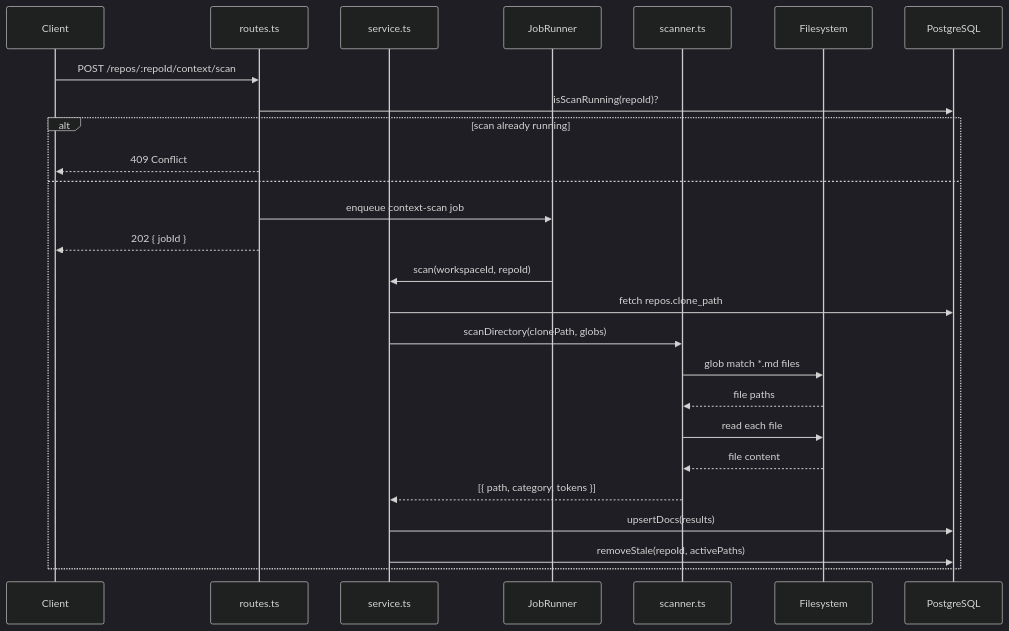
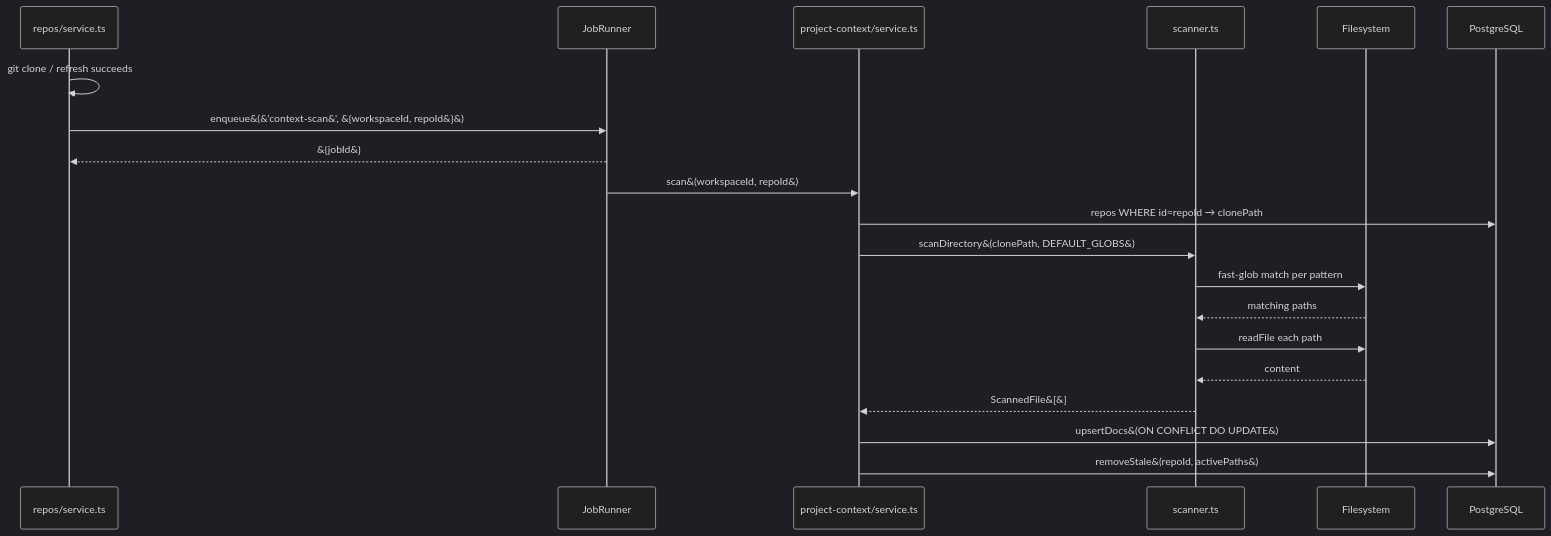
The fourth of 5 diagrams in server/docs/ProjectContext/README.md (IevgenKuznetsov/dev-digest), drawn with Mermaid (dark theme) before and after one commit. The commit also changed other lines of this file and 18 other files, not shown here.

````diff
--- a/server/docs/ProjectContext/README.md
+++ b/server/docs/ProjectContext/README.md
@@ -174,29 +220,23 @@
 ```mermaid
 sequenceDiagram
-    participant C as Client
-    participant R as routes.ts
-    participant S as service.ts
-    participant J as JobRunner
-    participant Sc as scanner.ts
+    participant RepoSvc as repos/service.ts
+    participant Jobs as JobRunner
+    participant CtxSvc as project-context/service.ts
+    participant Scanner as scanner.ts
     participant FS as Filesystem
     participant DB as PostgreSQL
 
-    C->>R: POST /repos/:repoId/context/scan
-    R->>DB: isScanRunning(repoId)?
-    alt scan already running
-        R-->>C: 409 Conflict
-    else
-        R->>J: enqueue context-scan job
-        R-->>C: 202 { jobId }
-        J->>S: scan(workspaceId, repoId)
-        S->>DB: fetch repos.clone_path
-        S->>Sc: scanDirectory(clonePath, globs)
-        Sc->>FS: glob match *.md files
-        FS-->>Sc: file paths
-        Sc->>FS: read each file
-        FS-->>Sc: file content
-        Sc-->>S: [{ path, category, tokens }]
-        S->>DB: upsertDocs(results)
-        S->>DB: removeStale(repoId, activePaths)
-    end
+    RepoSvc->>RepoSvc: git clone / refresh succeeds
+    RepoSvc->>Jobs: enqueue&#40;&#39;context-scan&#39;, &#123;workspaceId, repoId&#125;&#41;
+    Jobs-->>RepoSvc: &#123;jobId&#125;
+    Jobs->>CtxSvc: scan&#40;workspaceId, repoId&#41;
+    CtxSvc->>DB: repos WHERE id=repoId → clonePath
+    CtxSvc->>Scanner: scanDirectory&#40;clonePath, DEFAULT_GLOBS&#41;
+    Scanner->>FS: fast-glob match per pattern
+    FS-->>Scanner: matching paths
+    Scanner->>FS: readFile each path
+    FS-->>Scanner: content
+    Scanner-->>CtxSvc: ScannedFile&#91;&#93;
+    CtxSvc->>DB: upsertDocs&#40;ON CONFLICT DO UPDATE&#41;
+    CtxSvc->>DB: removeStale&#40;repoId, activePaths&#41;
 ```
````
